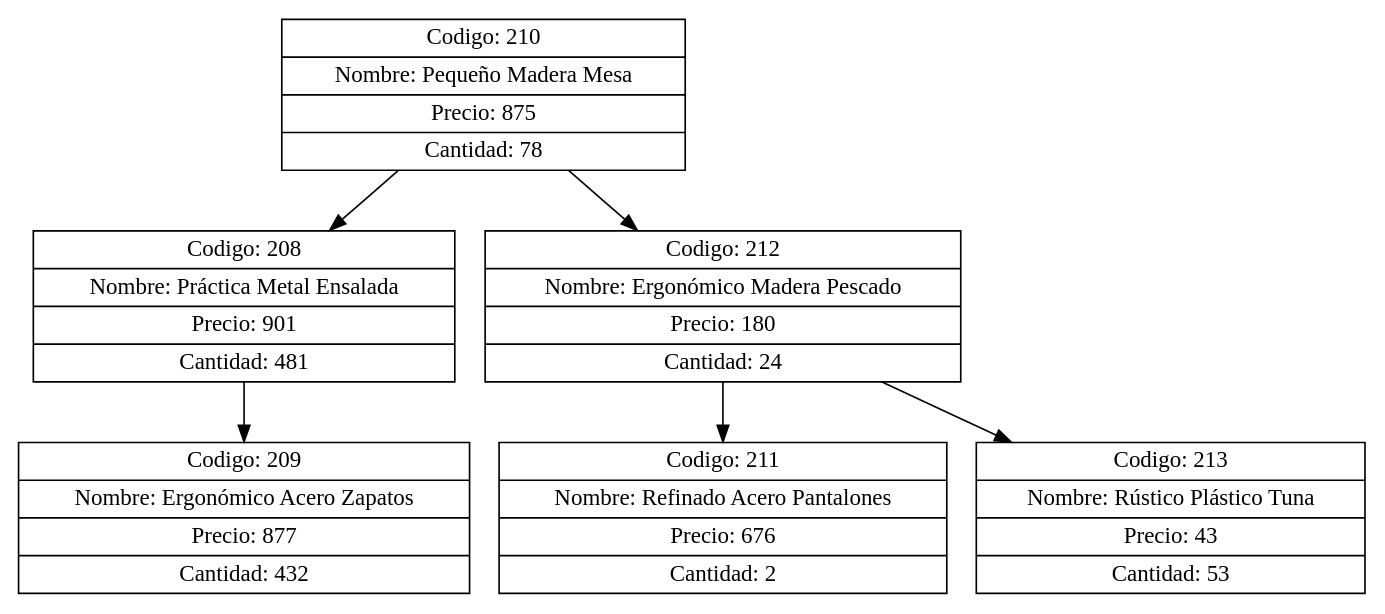
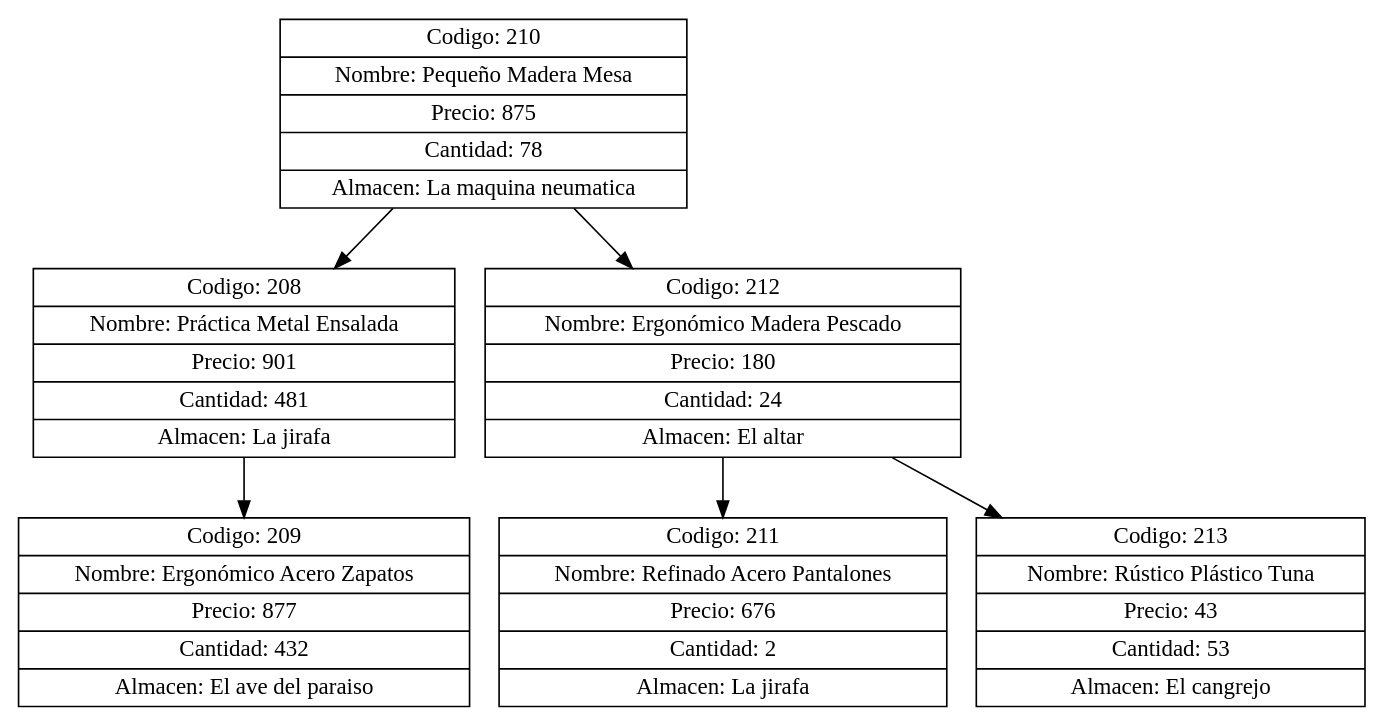
One commit to Pdante1897/EDD_VirtualMall_201700945 changed the diagram in src/Graphviz/files/ArbolAlbaLebrónHermanos4.dot. Above: the diagram before and after it, drawn with Graphviz. The commit also changed 91 other files, not shown here.

```diff
--- a/src/Graphviz/files/ArbolAlbaLebrónHermanos4.dot
+++ b/src/Graphviz/files/ArbolAlbaLebrónHermanos4.dot
@@ -1,14 +1,14 @@
 digraph G{
 node[shape="box" shape="record"]
-nodo210[label="{ Codigo: 210 | Nombre: Pequeño Madera Mesa | Precio: 875 | Cantidad: 78}"];
-nodo208[label="{ Codigo: 208 | Nombre: Práctica Metal Ensalada | Precio: 901 | Cantidad: 481}"];
-nodo209[label="{ Codigo: 209 | Nombre: Ergonómico Acero Zapatos | Precio: 877 | Cantidad: 432}"];
+nodo210[label="{ Codigo: 210 | Nombre: Pequeño Madera Mesa | Precio: 875 | Cantidad: 78 | Almacen: La maquina neumatica}"];
+nodo208[label="{ Codigo: 208 | Nombre: Práctica Metal Ensalada | Precio: 901 | Cantidad: 481 | Almacen: La jirafa}"];
+nodo209[label="{ Codigo: 209 | Nombre: Ergonómico Acero Zapatos | Precio: 877 | Cantidad: 432 | Almacen: El ave del paraiso}"];
 nodo208->nodo209;
 nodo210->nodo208;
-nodo212[label="{ Codigo: 212 | Nombre: Ergonómico Madera Pescado | Precio: 180 | Cantidad: 24}"];
-nodo211[label="{ Codigo: 211 | Nombre: Refinado Acero Pantalones | Precio: 676 | Cantidad: 2}"];
+nodo212[label="{ Codigo: 212 | Nombre: Ergonómico Madera Pescado | Precio: 180 | Cantidad: 24 | Almacen: El altar}"];
+nodo211[label="{ Codigo: 211 | Nombre: Refinado Acero Pantalones | Precio: 676 | Cantidad: 2 | Almacen: La jirafa}"];
 nodo212->nodo211;
-nodo213[label="{ Codigo: 213 | Nombre: Rústico Plástico Tuna | Precio: 43 | Cantidad: 53}"];
+nodo213[label="{ Codigo: 213 | Nombre: Rústico Plástico Tuna | Precio: 43 | Cantidad: 53 | Almacen: El cangrejo}"];
 nodo212->nodo213;
 nodo210->nodo212;
 }
```
